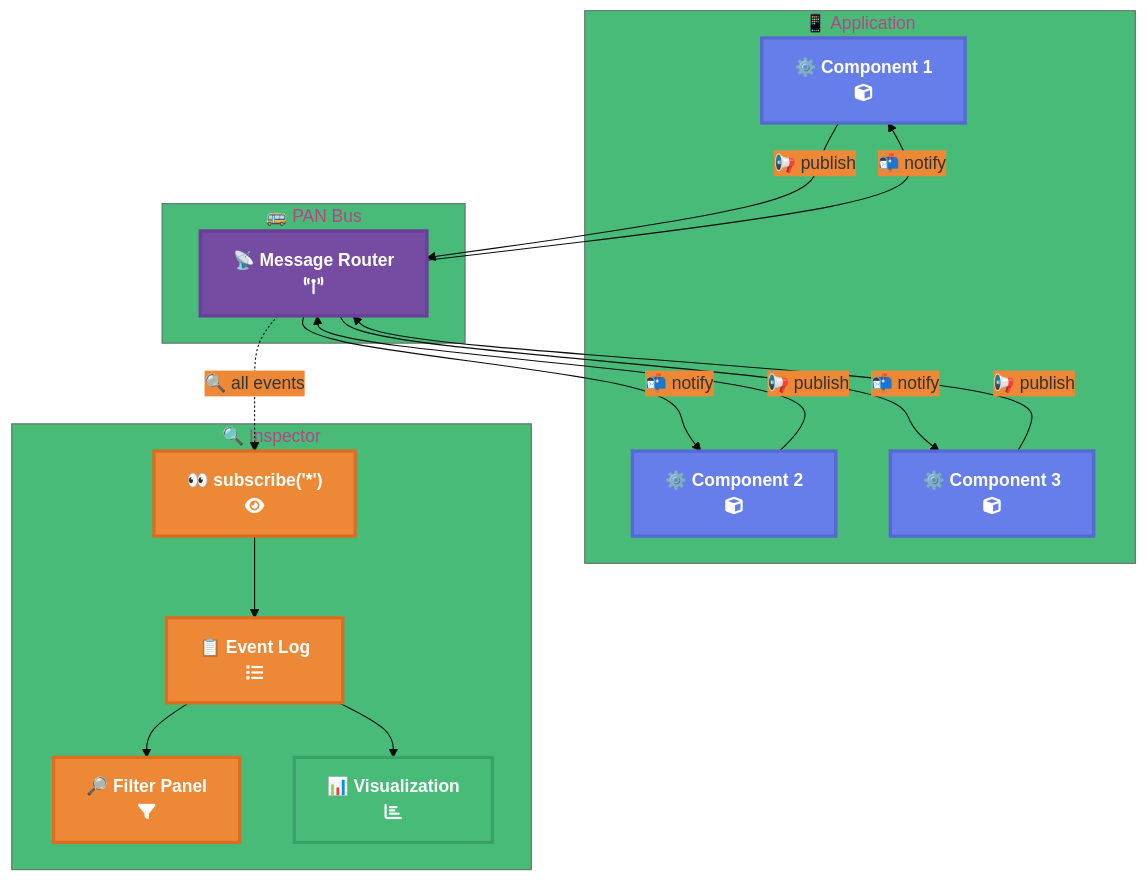
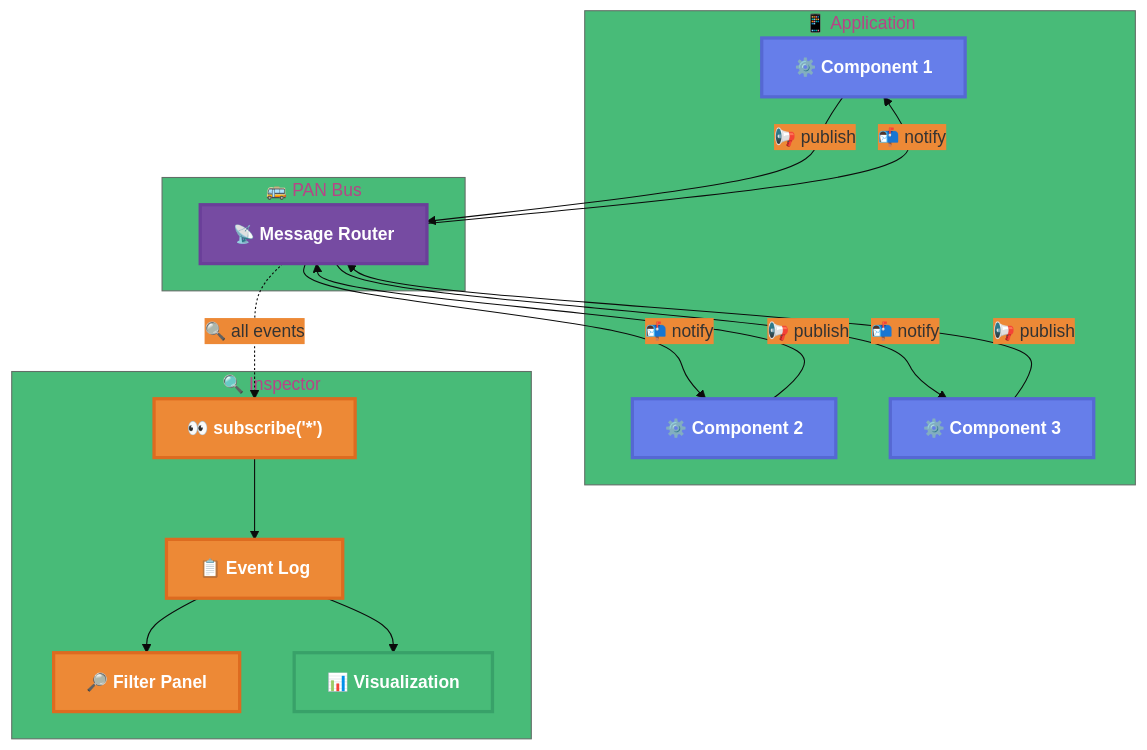
One commit to larcjs/larc changed the eighth of 10 diagrams in docs/books/learning-larc/diagrams/05-pan-bus.md. Above: the diagram before and after it, drawn with Mermaid. The commit also changed other lines of this file and 1 other file, not shown here.

First line of the commit message:
fix: remove FontAwesome icon references from diagrams

````diff
--- a/docs/books/learning-larc/diagrams/05-pan-bus.md
+++ b/docs/books/learning-larc/diagrams/05-pan-bus.md
@@ -295,43 +295,43 @@
 ```mermaid
 %%{init: {'theme':'base', 'themeVariables': { 'primaryColor':'#667eea','secondaryColor':'#ed8936','tertiaryColor':'#48bb78'}}}%%
 graph TB
     subgraph Application["📱 Application"]
-        C1["⚙️ Component 1<br/>fa:fa-cube"]
-        C2["⚙️ Component 2<br/>fa:fa-cube"]
-        C3["⚙️ Component 3<br/>fa:fa-cube"]
+        C1["⚙️ Component 1"]
+        C2["⚙️ Component 2"]
+        C3["⚙️ Component 3"]
     end
 
     subgraph PAN["🚌 PAN Bus"]
-        Router["📡 Message Router<br/>fa:fa-broadcast-tower"]
+        Router["📡 Message Router"]
     end
 
     subgraph Inspector["🔍 Inspector"]
-        Monitor["👀 subscribe('*')<br/>fa:fa-eye"]
-        Log["📋 Event Log<br/>fa:fa-list"]
-        Filter["🔎 Filter Panel<br/>fa:fa-filter"]
-        Viz["📊 Visualization<br/>fa:fa-chart-bar"]
+        Monitor["👀 subscribe('*')"]
+        Log["📋 Event Log"]
+        Filter["🔎 Filter Panel"]
+        Viz["📊 Visualization"]
     end
 
     C1 -->|📢 publish| Router
     C2 -->|📢 publish| Router
     C3 -->|📢 publish| Router
 
     Router -->|📬 notify| C1
     Router -->|📬 notify| C2
     Router -->|📬 notify| C3
 
     Router -.🔍 all events.-> Monitor
     Monitor --> Log
     Log --> Filter
     Log --> Viz
 
     classDef component fill:#667eea,stroke:#5568d3,stroke-width:3px,color:#fff,font-weight:bold
     classDef pan fill:#764ba2,stroke:#6a3f99,stroke-width:3px,color:#fff,font-weight:bold
     classDef inspector fill:#ed8936,stroke:#dd6b20,stroke-width:3px,color:#fff,font-weight:bold
     classDef viz fill:#48bb78,stroke:#38a169,stroke-width:3px,color:#fff,font-weight:bold
 
     class C1,C2,C3 component
     class Router pan
     class Monitor,Log,Filter inspector
     class Viz viz
 ```
````
